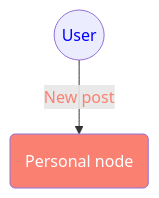
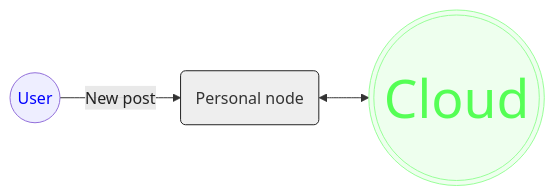
Before and after one commit to people-post/pp-node: the diagram in README.md, drawn with Mermaid. The commit also changed other lines of this file, not shown here.

````diff
--- a/README.md
+++ b/README.md
@@ -4,7 +4,9 @@
 ```mermaid
-graph TD;
-    USER((User)):::User-- New post -->THIS(Personal node):::Server;
-    linkStyle 0 color:salmon;
-    classDef User color:blue;
-    classDef Server fill:salmon,color:white;
+graph LR
+  USER((User)):::User-- New post -->THIS(Personal node):::Server
+  THIS <--> CLOUD(((Cloud))):::Cloud
+  linkStyle 0 color:#222
+  classDef User fill:#EEF,color:blue
+  classDef Server fill:#EEE,color:#333,stroke:#222
+  classDef Cloud fill:#EFE,color:#5F5,stroke:#9F9,font-size:40pt
 ```
````
